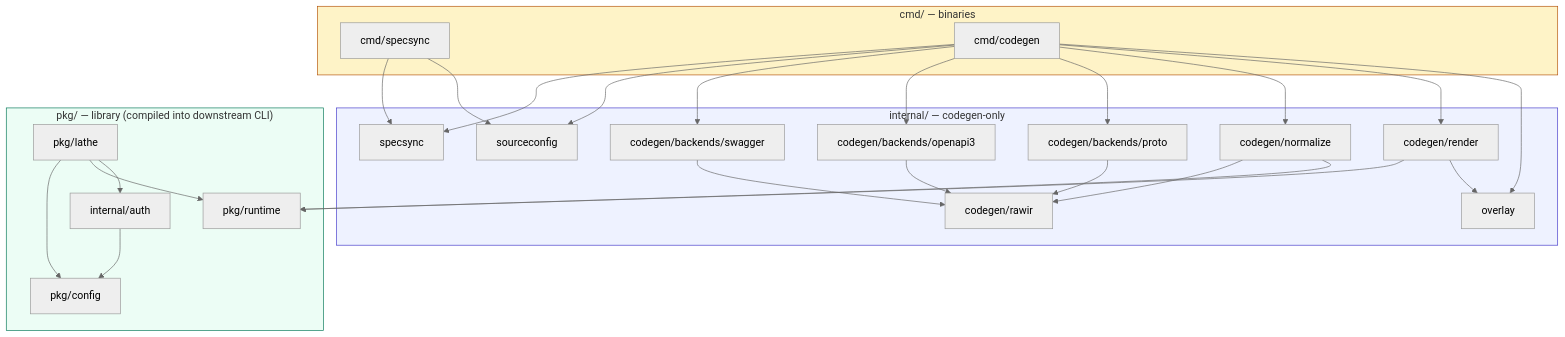
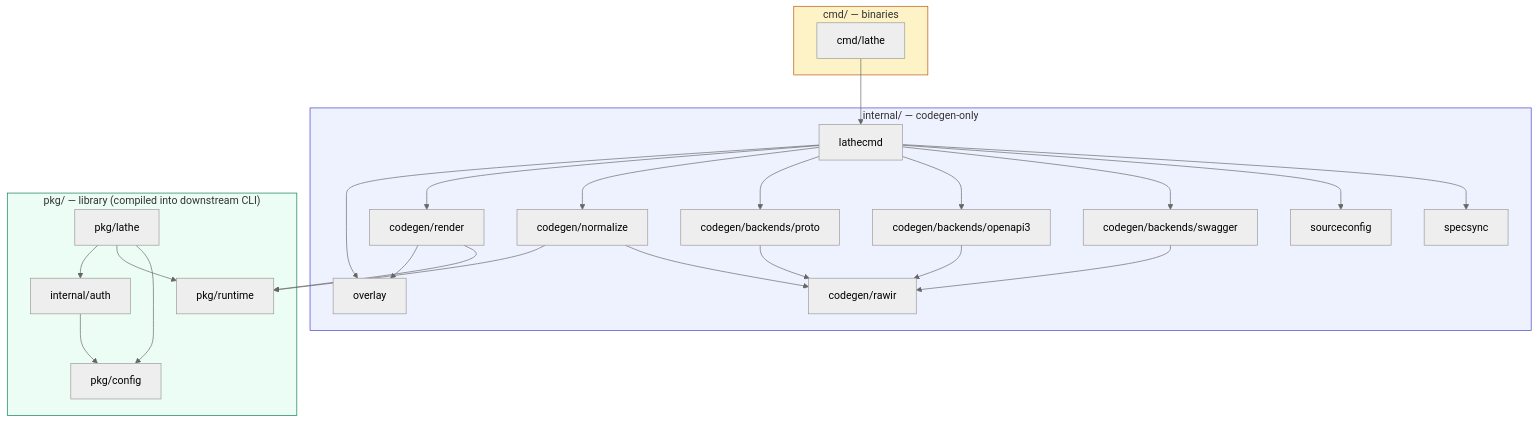
Before and after one commit to samzong/lathe: the third of 5 diagrams in docs/architecture.md, drawn with Mermaid (neutral theme). The commit also changed other lines of this file and 16 other files, not shown here.

````diff
--- a/docs/architecture.md
+++ b/docs/architecture.md
@@ -88,54 +88,53 @@
 ```mermaid
 graph TD
     subgraph cmd["cmd/ — binaries"]
-        C1[cmd/specsync]
-        C2[cmd/codegen]
+        C1[cmd/lathe]
     end
 
     subgraph internal["internal/ — codegen-only"]
+        I0[lathecmd]
         I1[specsync]
         I2[sourceconfig]
         I3[codegen/backends/swagger]
         I3b[codegen/backends/openapi3]
         I4[codegen/backends/proto]
         I5[codegen/normalize]
         I6[codegen/rawir]
         I7[codegen/render]
         I8[overlay]
     end
 
     subgraph pkg["pkg/ — library (compiled into downstream CLI)"]
         P1[pkg/config]
         P2[pkg/runtime]
         P3[pkg/lathe]
         P4[internal/auth]
     end
 
-    C1 --> I1
-    C1 --> I2
-    C2 --> I1
-    C2 --> I2
-    C2 --> I3
-    C2 --> I3b
-    C2 --> I4
-    C2 --> I5
-    C2 --> I7
-    C2 --> I8
+    C1 --> I0
+    I0 --> I1
+    I0 --> I2
+    I0 --> I3
+    I0 --> I3b
+    I0 --> I4
+    I0 --> I5
+    I0 --> I7
+    I0 --> I8
 
     I3 --> I6
     I3b --> I6
     I4 --> I6
     I5 --> I6
     I5 --> P2
     I7 --> P2
     I7 --> I8
 
     P3 --> P1
     P3 --> P2
     P3 --> P4
     P4 --> P1
 
     style pkg fill:#ecfdf5,stroke:#047857
     style internal fill:#eef2ff,stroke:#4338ca
     style cmd fill:#fef3c7,stroke:#b45309
 ```
````
